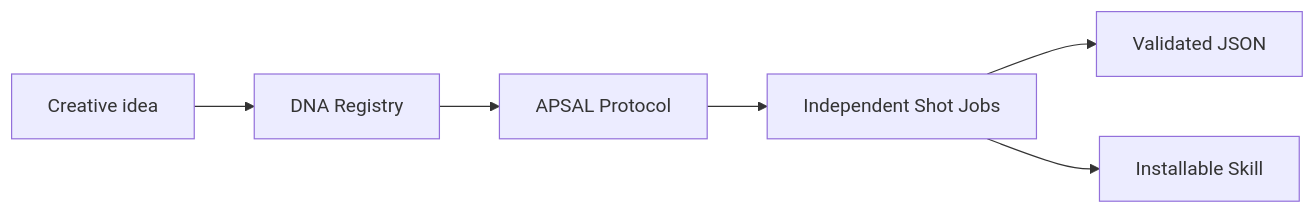
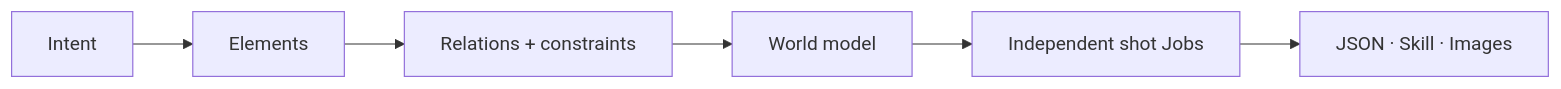
Before and after one commit to henyjone/apsal-open: the diagram in README.md, drawn with Mermaid. The commit also changed other lines of this file and 6 other files, not shown here.

````diff
--- a/README.md
+++ b/README.md
@@ -33,8 +36,8 @@
 ```mermaid
 flowchart LR
-    A["Creative idea"] --> B["DNA Registry"]
-    B --> C["APSAL Protocol"]
-    C --> D["Independent Shot Jobs"]
-    D --> E["Validated JSON"]
-    D --> F["Installable Skill"]
+    A["Intent"] --> B["Elements"]
+    B --> C["Relations + constraints"]
+    C --> D["World model"]
+    D --> E["Independent shot Jobs"]
+    E --> F["JSON · Skill · Images"]
 ```
````
